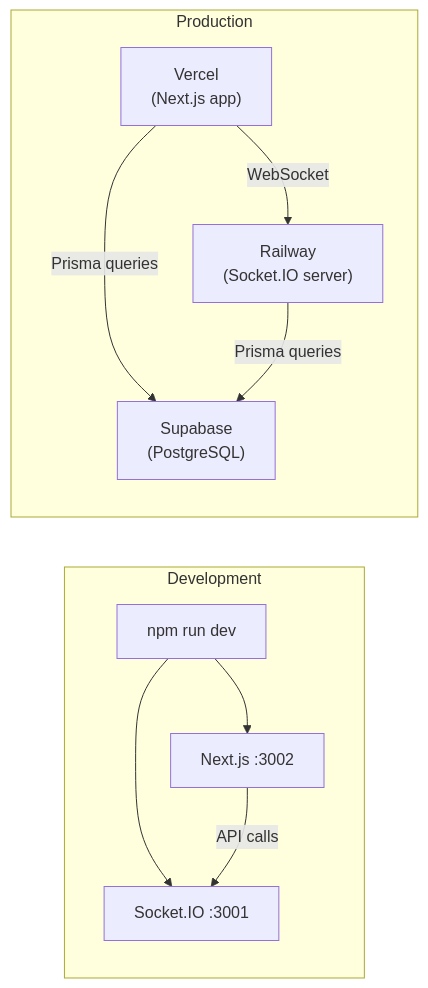
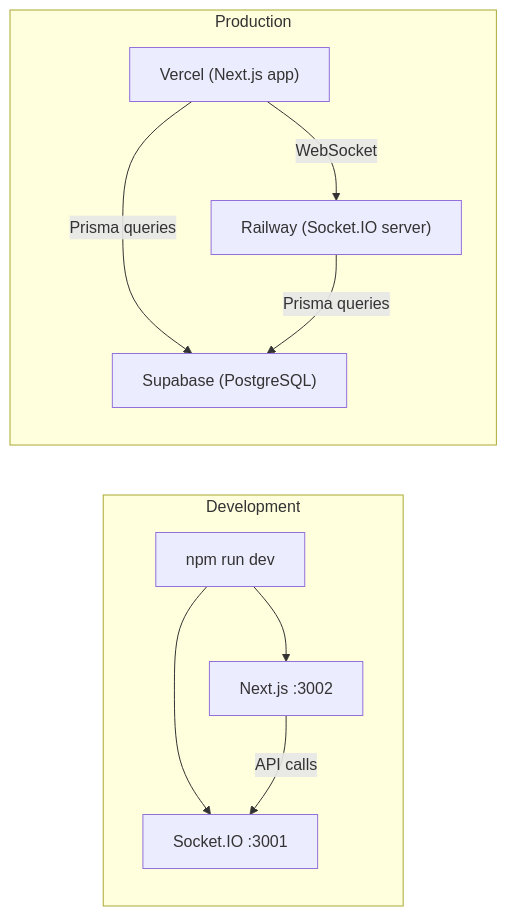
The second of 5 diagrams in docs/01-system-architecture.md (asefahmed500/Smart-Task-App_IIT_DU_Final_Project), drawn with Mermaid before and after one commit. The commit also changed other lines of this file and 8 other files, not shown here.

Commit message:
fix: remove br tags from mermaid diagrams for GitHub rendering

````diff
--- a/docs/01-system-architecture.md
+++ b/docs/01-system-architecture.md
@@ -94,19 +94,19 @@
 ```mermaid
 graph LR
     subgraph "Development"
         DEV["npm run dev"]
         DEV --> NX["Next.js :3002"]
         DEV --> SKT["Socket.IO :3001"]
     end
 
     subgraph "Production"
-        VERCEL["Vercel<br/>(Next.js app)"]
-        RAILWAY["Railway<br/>(Socket.IO server)"]
-        SUPA["Supabase<br/>(PostgreSQL)"]
+        VERCEL["Vercel (Next.js app)"]
+        RAILWAY["Railway (Socket.IO server)"]
+        SUPA["Supabase (PostgreSQL)"]
     end
 
     NX -->|"API calls"| SKT
     VERCEL -->|"WebSocket"| RAILWAY
     VERCEL -->|"Prisma queries"| SUPA
     RAILWAY -->|"Prisma queries"| SUPA
 ```
````
